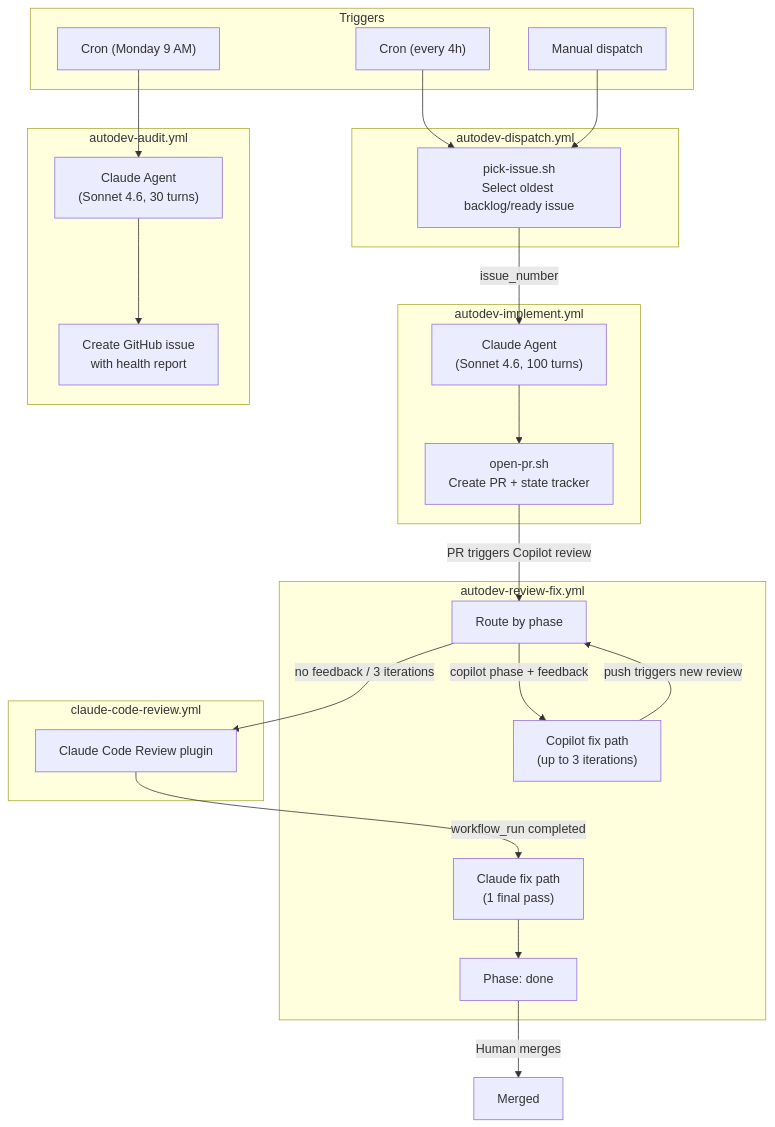
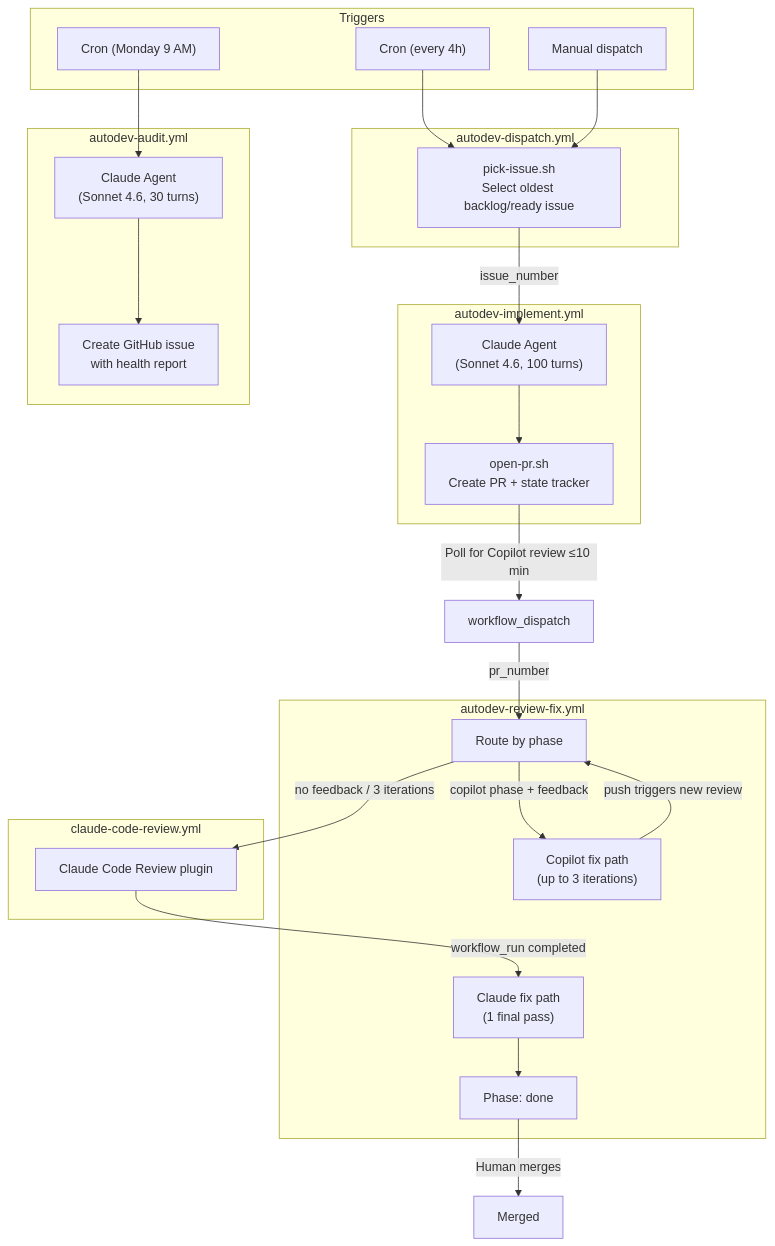
The first of 4 diagrams in docs/internal/autodev-pipeline.md (rnwolfe/mine), drawn with Mermaid before and after one commit. The commit also changed other lines of this file and 3 other files, not shown here.

First line of the commit message:
ci: chain implement → review-fix via workflow_dispatch

````diff
--- a/docs/internal/autodev-pipeline.md
+++ b/docs/internal/autodev-pipeline.md
@@ -13,48 +13,49 @@
 ```mermaid
 flowchart TB
     subgraph Triggers
         cron4h["Cron (every 4h)"]
         manual["Manual dispatch"]
         cronMon["Cron (Monday 9 AM)"]
     end
 
     subgraph Dispatch["autodev-dispatch.yml"]
         pick["pick-issue.sh<br/>Select oldest backlog/ready issue"]
     end
 
     subgraph Implement["autodev-implement.yml"]
         agent1["Claude Agent<br/>(Sonnet 4.6, 100 turns)"]
         openpr["open-pr.sh<br/>Create PR + state tracker"]
     end
 
     subgraph ReviewFix["autodev-review-fix.yml"]
         route["Route by phase"]
         copilotFix["Copilot fix path<br/>(up to 3 iterations)"]
         claudeFix["Claude fix path<br/>(1 final pass)"]
         done["Phase: done"]
     end
 
     subgraph CodeReview["claude-code-review.yml"]
         review["Claude Code Review plugin"]
     end
 
     subgraph Audit["autodev-audit.yml"]
         auditAgent["Claude Agent<br/>(Sonnet 4.6, 30 turns)"]
         auditIssue["Create GitHub issue<br/>with health report"]
     end
 
     cron4h --> pick
     manual --> pick
     pick -->|"issue_number"| agent1
     agent1 --> openpr
-    openpr -->|"PR triggers Copilot review"| route
+    openpr -->|"Poll for Copilot review ≤10 min"| dispatch["workflow_dispatch"]
+    dispatch -->|"pr_number"| route
     route -->|"copilot phase + feedback"| copilotFix
     route -->|"no feedback / 3 iterations"| review
     copilotFix -->|"push triggers new review"| route
     review -->|"workflow_run completed"| claudeFix
     claudeFix --> done
     done -->|"Human merges"| merged["Merged"]
 
     cronMon --> auditAgent
     auditAgent --> auditIssue
 ```
````
